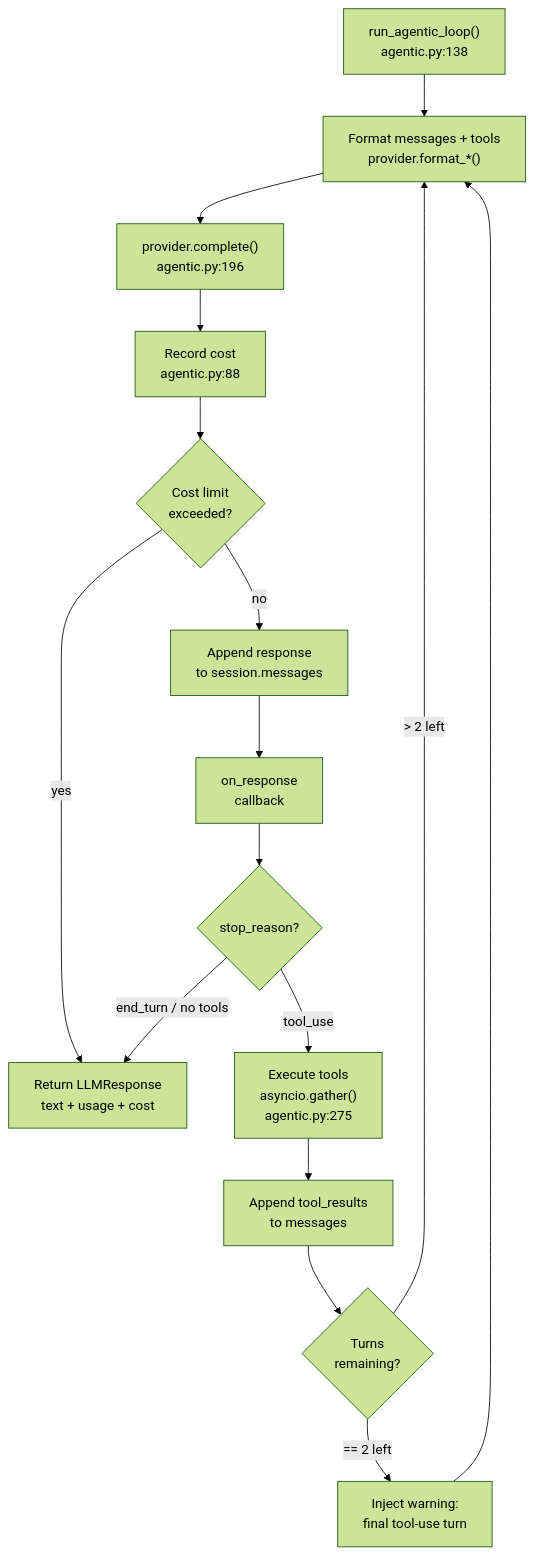
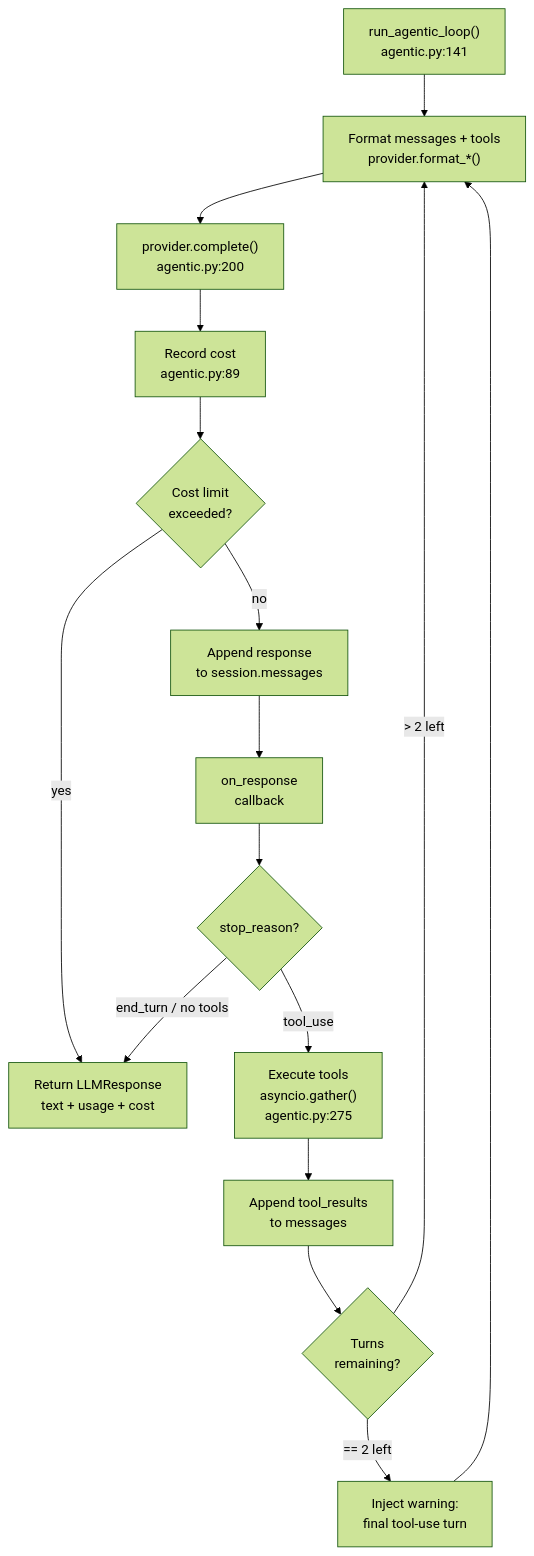
Before and after one commit to nicolasforstinger/lucyd: the second of 8 diagrams in docs/diagrams.md, drawn with Mermaid (forest theme). The commit also changed other lines of this file and 42 other files, not shown here.

````diff
--- a/docs/diagrams.md
+++ b/docs/diagrams.md
@@ -63,27 +63,27 @@
 ```mermaid
 flowchart TD
-    START["run_agentic_loop()<br/>agentic.py:138"]
+    START["run_agentic_loop()<br/>agentic.py:141"]
     FORMAT["Format messages + tools<br/>provider.format_*()"]
-    API["provider.complete()<br/>agentic.py:196"]
-    COST["Record cost<br/>agentic.py:88"]
+    API["provider.complete()<br/>agentic.py:200"]
+    COST["Record cost<br/>agentic.py:89"]
 
     COST_CHECK{"Cost limit<br/>exceeded?"}
     APPEND["Append response<br/>to session.messages"]
     CALLBACK_R["on_response<br/>callback"]
 
     STOP_CHECK{"stop_reason?"}
     TOOL_EXEC["Execute tools<br/>asyncio.gather()<br/>agentic.py:275"]
     TOOL_RESULTS["Append tool_results<br/>to messages"]
     TURN_CHECK{"Turns<br/>remaining?"}
     WARN["Inject warning:<br/>final tool-use turn"]
 
     RETURN["Return LLMResponse<br/>text + usage + cost"]
 
     START --> FORMAT --> API --> COST --> COST_CHECK
     COST_CHECK -->|yes| RETURN
     COST_CHECK -->|no| APPEND --> CALLBACK_R --> STOP_CHECK
     STOP_CHECK -->|"end_turn / no tools"| RETURN
     STOP_CHECK -->|tool_use| TOOL_EXEC --> TOOL_RESULTS --> TURN_CHECK
     TURN_CHECK -->|"> 2 left"| FORMAT
     TURN_CHECK -->|"== 2 left"| WARN --> FORMAT
 ```
````
